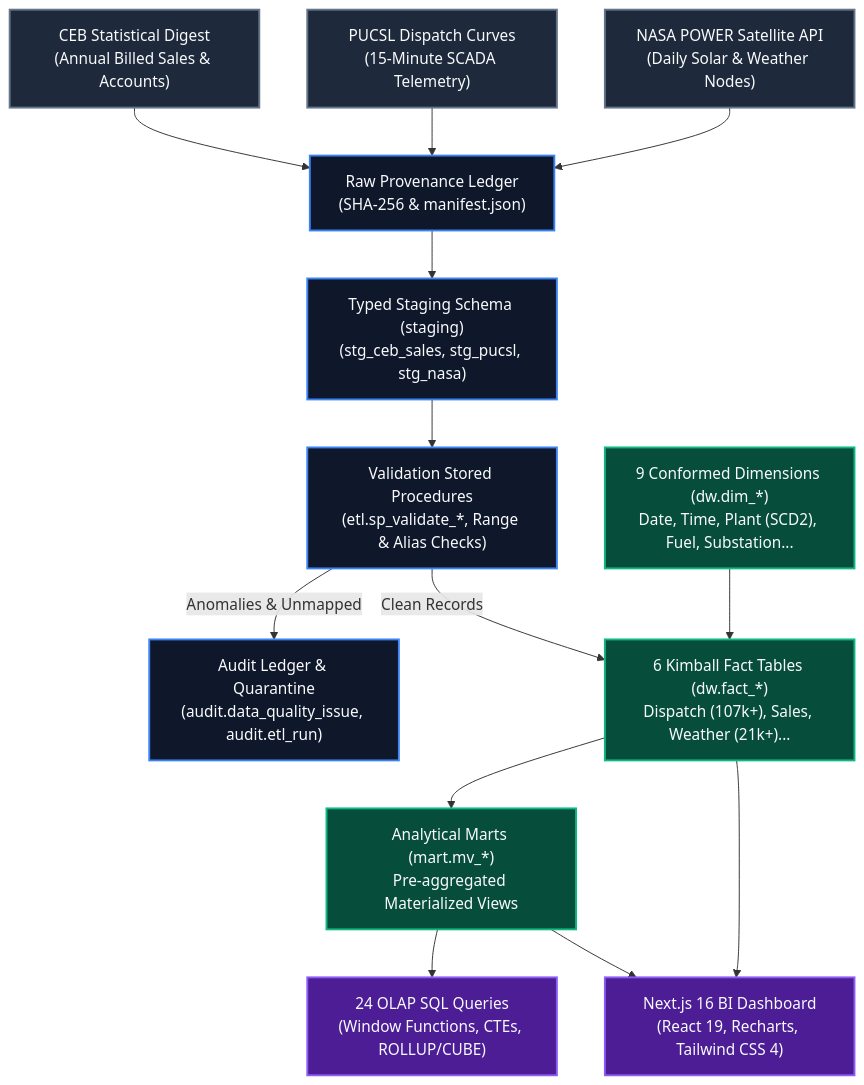
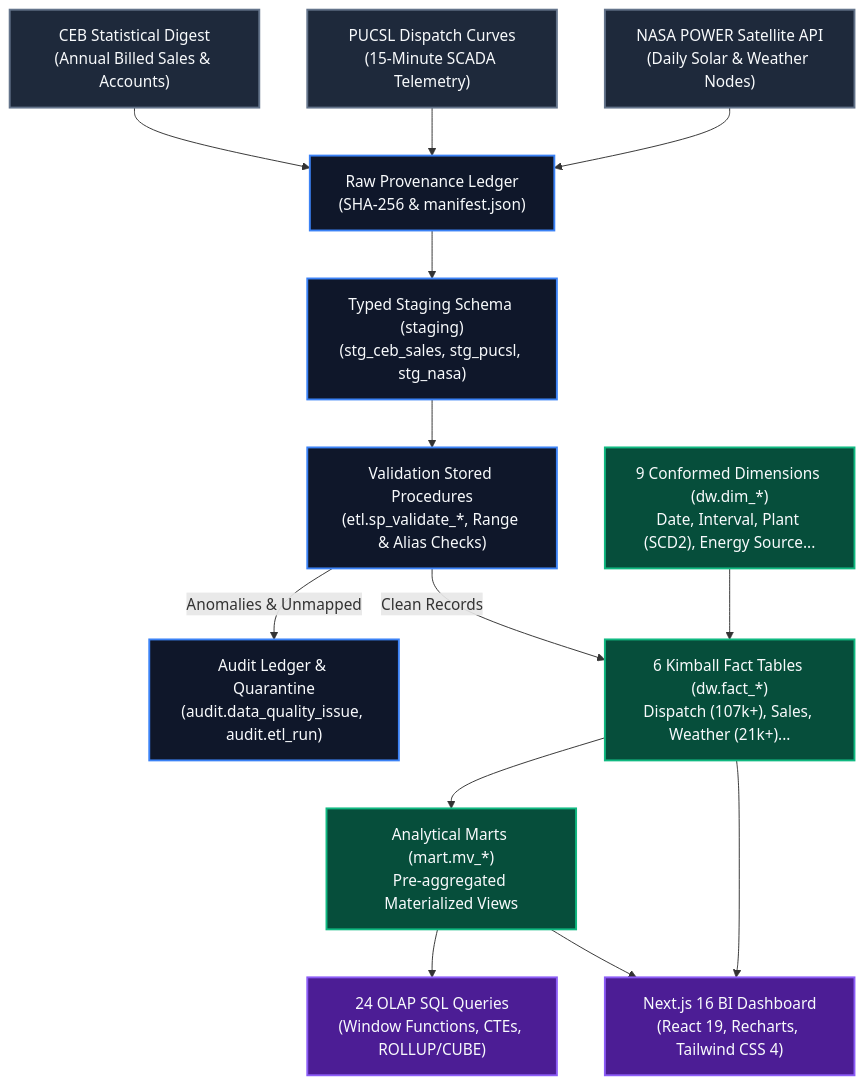
One commit to HajithMohamed/LankaGrid-Analytics changed the diagram in README.md. Above: the diagram before and after it, drawn with Mermaid. The commit also changed other lines of this file and 87 other files, not shown here.

````diff
--- a/README.md
+++ b/README.md
@@ -38,40 +38,40 @@
 ```mermaid
 flowchart TD
     classDef src fill:#1e293b,stroke:#64748b,stroke-width:2px,color:#f8fafc;
     classDef pipe fill:#0f172a,stroke:#3b82f6,stroke-width:2px,color:#f8fafc;
     classDef wh fill:#064e3b,stroke:#10b981,stroke-width:2px,color:#f8fafc;
     classDef app fill:#4c1d95,stroke:#8b5cf6,stroke-width:2px,color:#f8fafc;
 
     %% Data Sources
     S1["CEB Statistical Digest<br/>(Annual Billed Sales & Accounts)"]:::src
     S2["PUCSL Dispatch Curves<br/>(15-Minute SCADA Telemetry)"]:::src
     S3["NASA POWER Satellite API<br/>(Daily Solar & Weather Nodes)"]:::src
 
     %% Processing Pipeline
     P1["Raw Provenance Ledger<br/>(SHA-256 & manifest.json)"]:::pipe
     P2["Typed Staging Schema (staging)<br/>(stg_ceb_sales, stg_pucsl, stg_nasa)"]:::pipe
     P3["Validation Stored Procedures<br/>(etl.sp_validate_*, Range & Alias Checks)"]:::pipe
     P4["Audit Ledger & Quarantine<br/>(audit.data_quality_issue, audit.etl_run)"]:::pipe
 
     %% Warehouse Core
-    W1["9 Conformed Dimensions (dw.dim_*)<br/>Date, Time, Plant (SCD2), Fuel, Substation..."]:::wh
+    W1["9 Conformed Dimensions (dw.dim_*)<br/>Date, Interval, Plant (SCD2), Energy Source..."]:::wh
     W2["6 Kimball Fact Tables (dw.fact_*)<br/>Dispatch (107k+), Sales, Weather (21k+)..."]:::wh
     W3["Analytical Marts (mart.mv_*)<br/>Pre-aggregated Materialized Views"]:::wh
 
     %% Consumption Layer
     A1["24 OLAP SQL Queries<br/>(Window Functions, CTEs, ROLLUP/CUBE)"]:::app
     A2["Next.js 16 BI Dashboard<br/>(React 19, Recharts, Tailwind CSS 4)"]:::app
 
     S1 --> P1
     S2 --> P1
     S3 --> P1
     P1 --> P2
     P2 --> P3
     P3 -->|Clean Records| W2
     P3 -->|Anomalies & Unmapped| P4
     W1 --> W2
     W2 --> W3
     W3 --> A1
     W3 --> A2
     W2 --> A2
 ```
````
